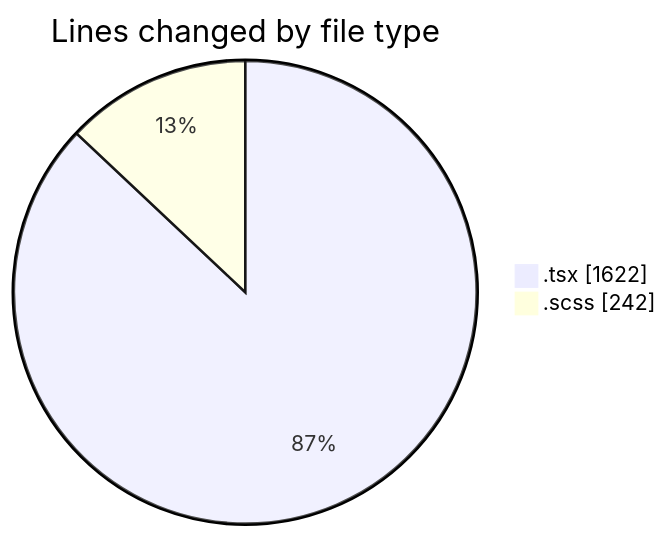
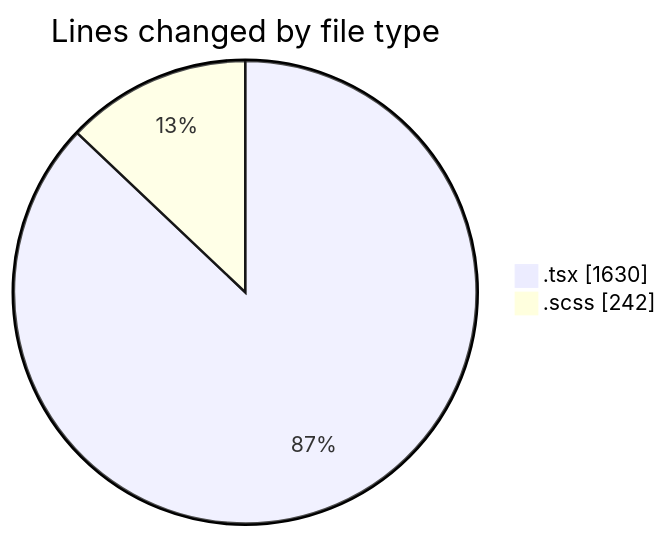
The first of 2 diagrams in 2025-07-03/cda/README.md (momahboobian/code-tracking), drawn with Mermaid before and after one commit. The commit also changed other lines of this file and 1 other file, not shown here.

````diff
--- a/2025-07-03/cda/README.md
+++ b/2025-07-03/cda/README.md
@@ -28,6 +28,6 @@
 ```mermaid
 pie showData
 title Lines changed by file type
-".tsx" : 1622
+".tsx" : 1630
 ".scss" : 242
 ```
````
